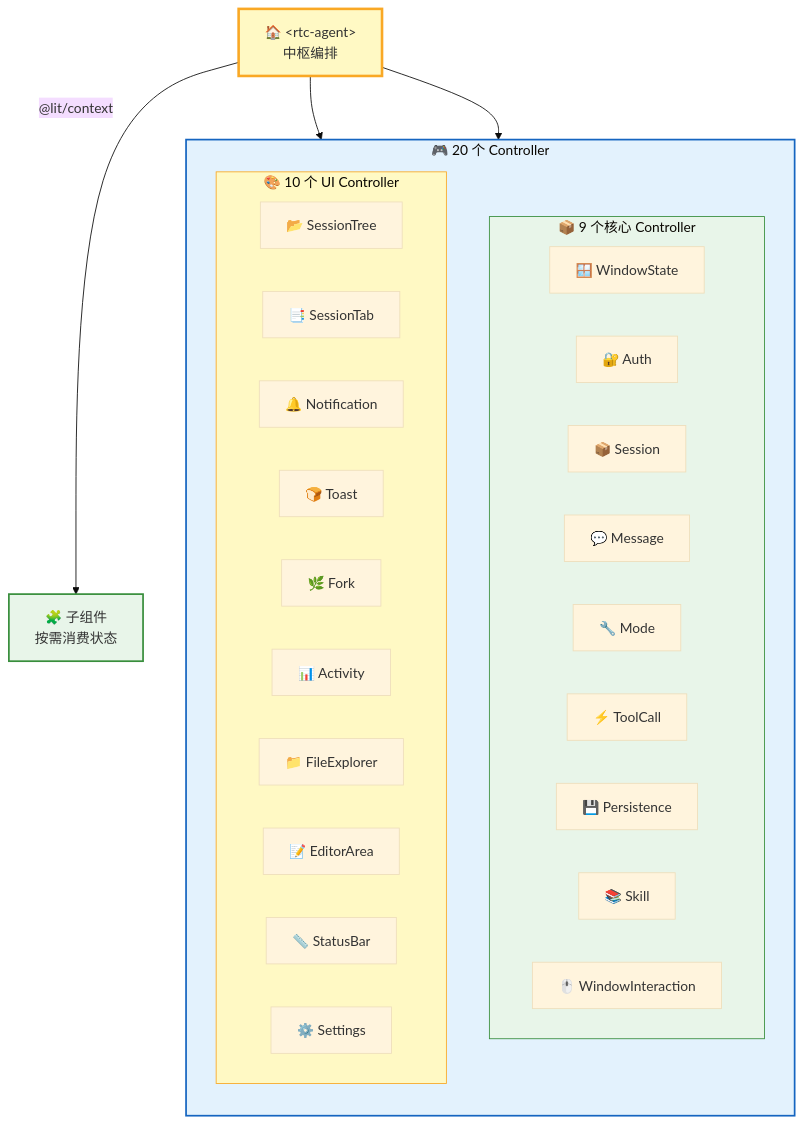
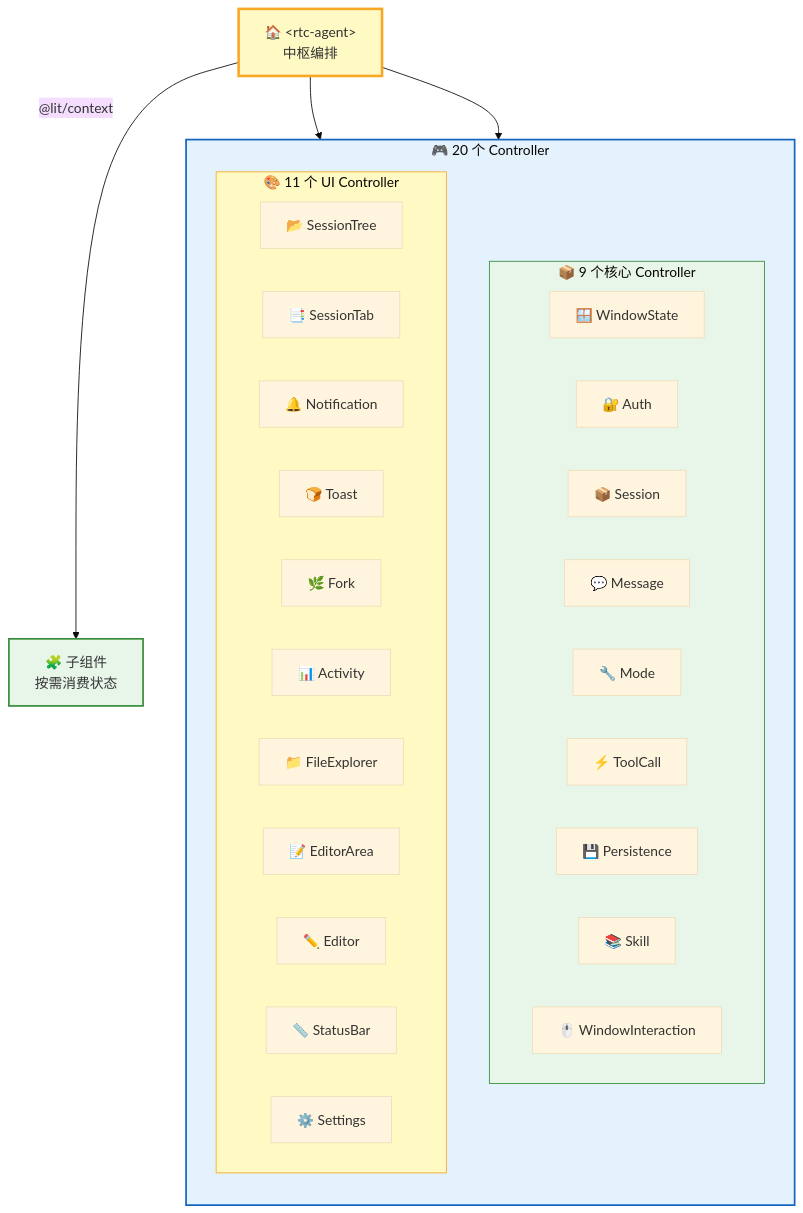
The third of 9 diagrams in src/content/docs/architecture/frontend.md (rtc-agent/docs), drawn with Mermaid (base theme) before and after one commit. The commit also changed other lines of this file and 5 other files, not shown here.

First line of the commit message:
docs(architecture): fix sub-component count and UI controller diagram

````diff
--- a/src/content/docs/architecture/frontend.md
+++ b/src/content/docs/architecture/frontend.md
@@ -115,40 +115,41 @@
 ```mermaid
 flowchart TD
     subgraph CONTROLLERS["🎮 20 个 Controller"]
         direction TB
         subgraph CORE["📦 9 个核心 Controller"]
             C1["🪟 WindowState"]
             C2["🔐 Auth"]
             C3["📦 Session"]
             C4["💬 Message"]
             C5["🔧 Mode"]
             C6["⚡ ToolCall"]
             C7["💾 Persistence"]
             C8["📚 Skill"]
             C9["🖱️ WindowInteraction"]
         end
-        subgraph UI["🎨 10 个 UI Controller"]
+        subgraph UI["🎨 11 个 UI Controller"]
             C10["📂 SessionTree"]
             C11["📑 SessionTab"]
             C12["🔔 Notification"]
             C13["🍞 Toast"]
             C14["🌿 Fork"]
             C15["📊 Activity"]
             C16["📁 FileExplorer"]
             C17["📝 EditorArea"]
-            C18["📏 StatusBar"]
-            C19["⚙️ Settings"]
+            C18["✏️ Editor"]
+            C19["📏 StatusBar"]
+            C20["⚙️ Settings"]
         end
     end
 
     ROOT["🏠 &lt;rtc-agent&gt;<br/>中枢编排"] --> CORE
     ROOT --> UI
 
     ROOT -->|"@lit/context"| CHILDREN["🧩 子组件<br/>按需消费状态"]
 
     style ROOT fill:#fff9c4,stroke:#f9a825,stroke-width:3px
     style CONTROLLERS fill:#e3f2fd,stroke:#1565c0,stroke-width:2px
     style CORE fill:#e8f5e9,stroke:#388e3c,stroke-width:1px
     style UI fill:#fff9c4,stroke:#f9a825,stroke-width:1px
     style CHILDREN fill:#e8f5e9,stroke:#388e3c,stroke-width:2px
 ```
````
